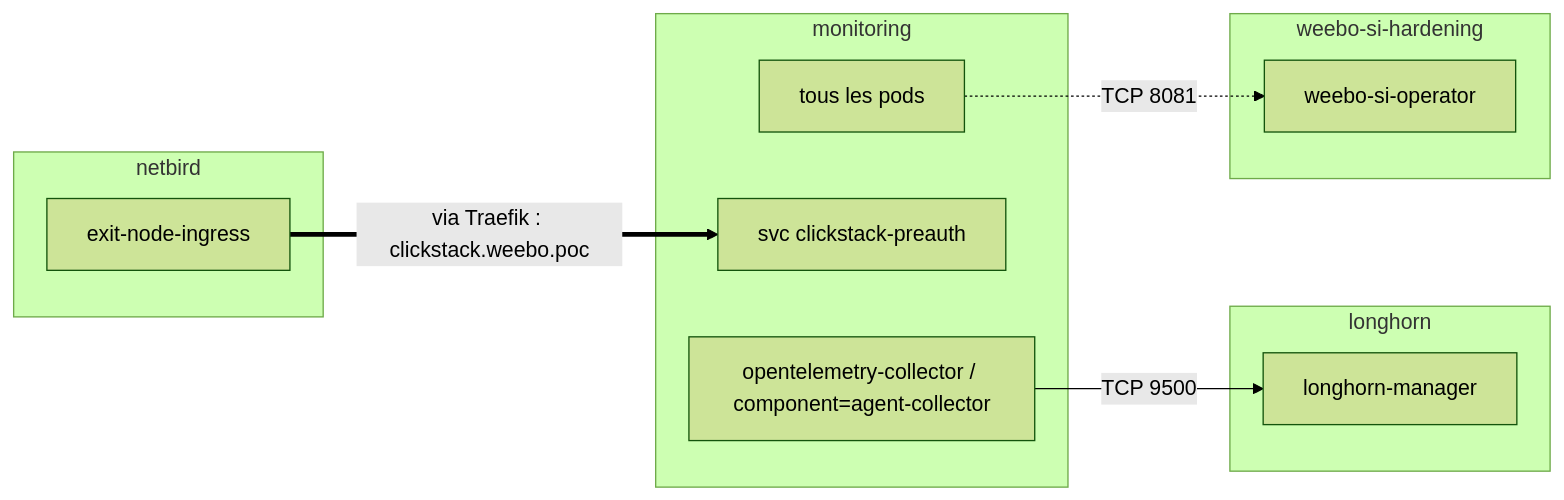
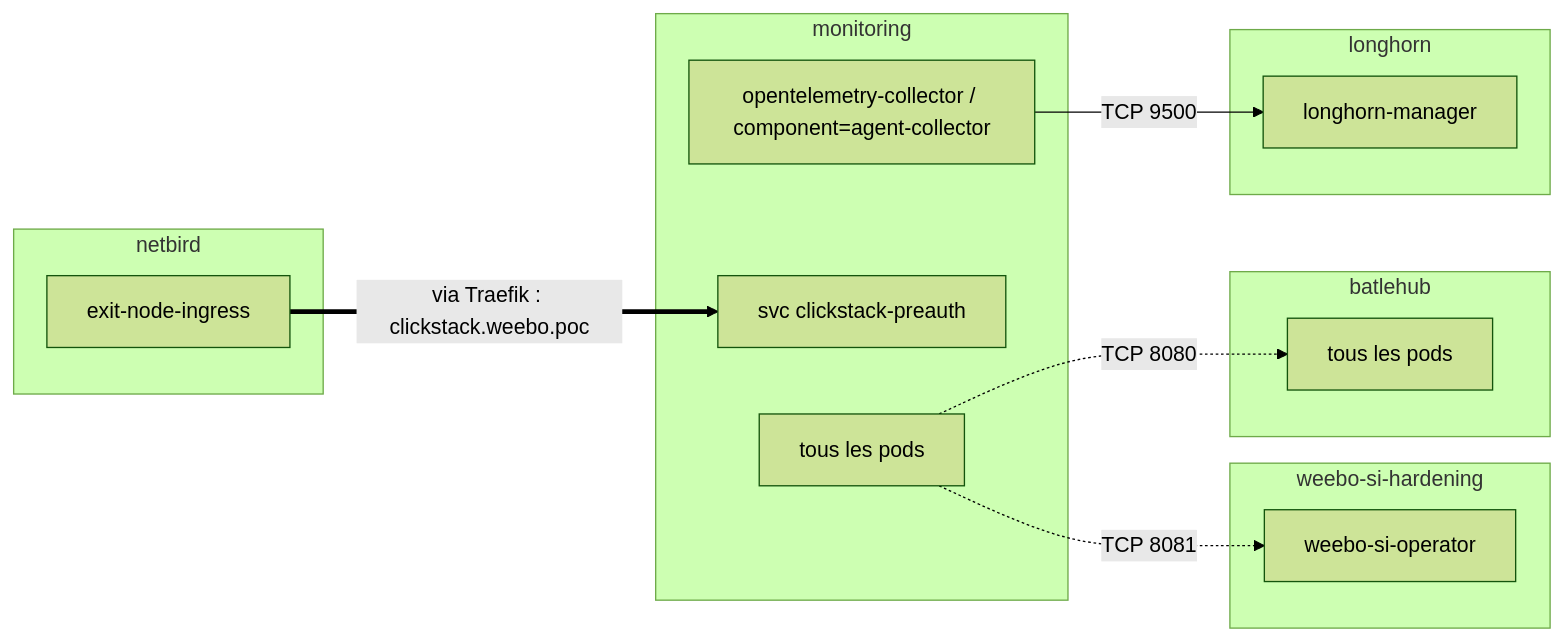
One commit to batleforc/weebo-si changed the second of 2 diagrams in 0.docs/content/docs/security/network-flows/monitoring.mdx. Above: the diagram before and after it, drawn with Mermaid (forest theme). The commit also changed 59 other files, not shown here.

First line of the commit message:
feat(network): operators' CiliumNetworkPolicy from their own charts

````diff
--- a/0.docs/content/docs/security/network-flows/monitoring.mdx
+++ b/0.docs/content/docs/security/network-flows/monitoring.mdx
@@ -55,20 +55,24 @@
 ```mermaid
 flowchart LR
+  subgraph ns_batlehub["batlehub"]
+    n_ns_batlehub_62b5f7["tous les pods"]
+  end
   subgraph ns_longhorn["longhorn"]
     n_ns_longhorn_e4afa5["longhorn-manager"]
   end
   subgraph ns_monitoring["monitoring"]
     n_ns_monitoring_f1b4f0["opentelemetry-collector / component=agent-collector"]
     n_ns_monitoring_adae0f["svc clickstack-preauth"]
     n_ns_monitoring_1d4c40["tous les pods"]
   end
   subgraph ns_netbird["netbird"]
     n_ns_netbird_45c447["exit-node-ingress"]
   end
   subgraph ns_weebo_si_hardening["weebo-si-hardening"]
     n_ns_weebo_si_hardening_973fb2["weebo-si-operator"]
   end
   n_ns_monitoring_f1b4f0 -->|"TCP 9500"| n_ns_longhorn_e4afa5
+  n_ns_monitoring_1d4c40 -.->|"TCP 8080"| n_ns_batlehub_62b5f7
   n_ns_monitoring_1d4c40 -.->|"TCP 8081"| n_ns_weebo_si_hardening_973fb2
   n_ns_netbird_45c447 ==>|"via Traefik : clickstack.weebo.poc"| n_ns_monitoring_adae0f
 ```
````
